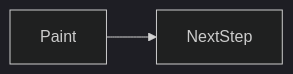
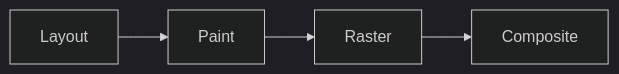
Before and after one commit to OmidJavaherii/Frontend-Engineering-Handbook: the second of 2 diagrams in docs/en/03-browser/paint/index.md, drawn with Mermaid (dark theme). The commit also changed other lines of this file and 461 other files, not shown here.

````diff
--- a/docs/en/03-browser/paint/index.md
+++ b/docs/en/03-browser/paint/index.md
@@ -96,4 +109,4 @@
 ```mermaid
 flowchart LR
-  concept[Paint] --> nextStep[NextStep]
+  Layout --> Paint --> Raster --> Composite
 ```
````
